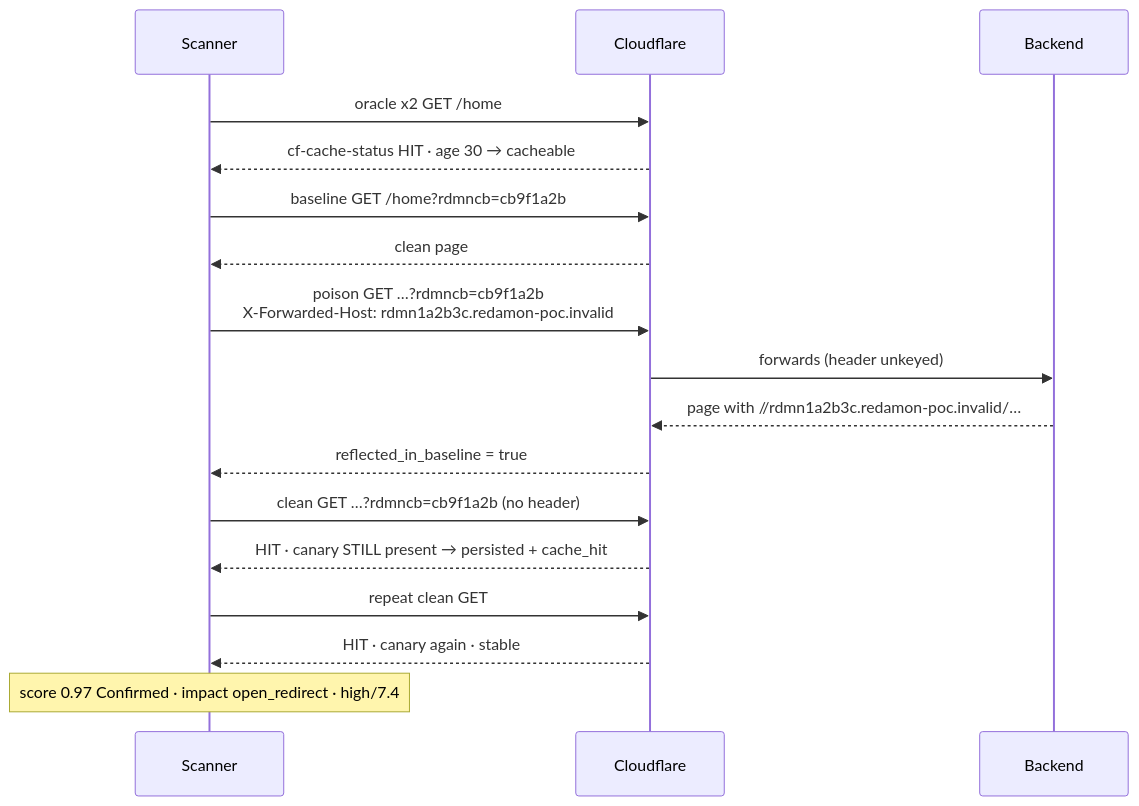
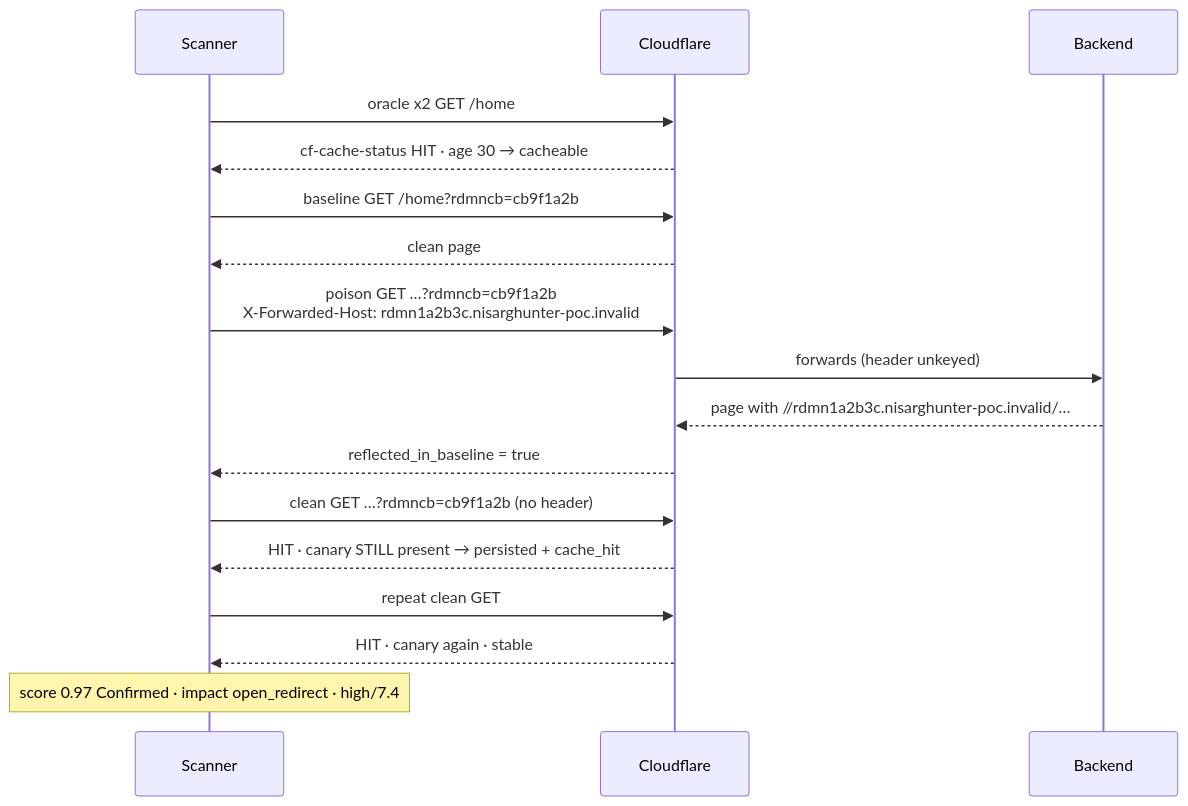
The eighth of 11 diagrams in readmes/README.WCP_RECON_MODULE.md (NisargDedakiya/DNM-hunter), drawn with Mermaid before and after one commit. The commit also changed other lines of this file and 389 other files, not shown here.

First line of the commit message:
Rebrand RedAmon to NisargHunter AI (Phase 00 of v2.0 roadmap)

````diff
--- a/readmes/README.WCP_RECON_MODULE.md
+++ b/readmes/README.WCP_RECON_MODULE.md
@@ -469,19 +469,19 @@
 ```mermaid
 sequenceDiagram
     participant S as Scanner
     participant C as Cloudflare
     participant B as Backend
     S->>C: oracle x2 GET /home
     C-->>S: cf-cache-status HIT · age 30  →  cacheable
     S->>C: baseline GET /home?rdmncb=cb9f1a2b
     C-->>S: clean page
-    S->>C: poison GET …?rdmncb=cb9f1a2b<br/>X-Forwarded-Host: rdmn1a2b3c.redamon-poc.invalid
+    S->>C: poison GET …?rdmncb=cb9f1a2b<br/>X-Forwarded-Host: rdmn1a2b3c.nisarghunter-poc.invalid
     C->>B: forwards (header unkeyed)
-    B-->>C: page with //rdmn1a2b3c.redamon-poc.invalid/…
+    B-->>C: page with //rdmn1a2b3c.nisarghunter-poc.invalid/…
     C-->>S: reflected_in_baseline = true
     S->>C: clean GET …?rdmncb=cb9f1a2b (no header)
     C-->>S: HIT · canary STILL present  →  persisted + cache_hit
     S->>C: repeat clean GET
     C-->>S: HIT · canary again · stable
     Note over S: score 0.97 Confirmed · impact open_redirect · high/7.4
 ```
````
